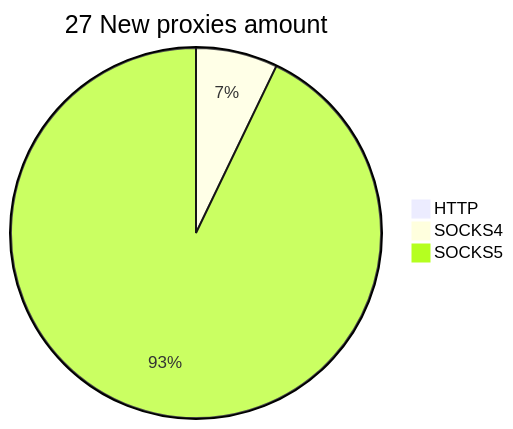
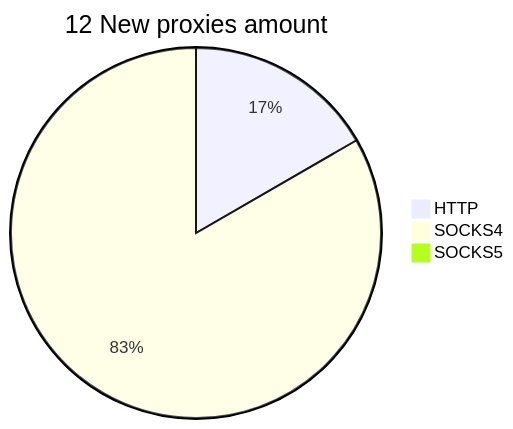
One commit to cutipu/proxylist changed the second of 2 diagrams in README.md. Above: the diagram before and after it, drawn with Mermaid. The commit also changed other lines of this file, not shown here.

````diff
--- a/README.md
+++ b/README.md
@@ -10,6 +10,6 @@
 ```mermaid
-pie title 27 New proxies amount
-    "HTTP" : 0
-    "SOCKS4" : 2
-    "SOCKS5" : 26
+pie title 12 New proxies amount
+    "HTTP" : 2
+    "SOCKS4" : 10
+    "SOCKS5" : 0
 ```
````
